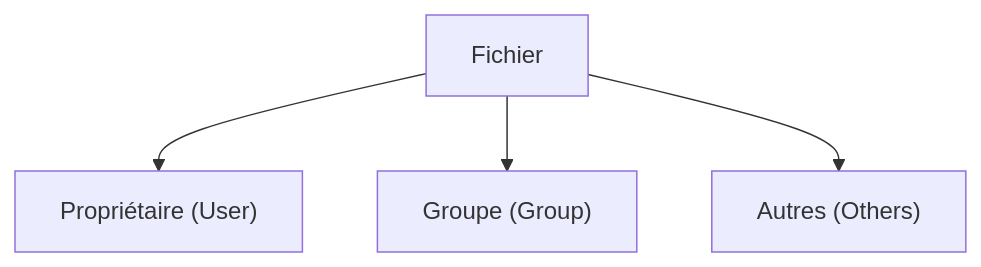
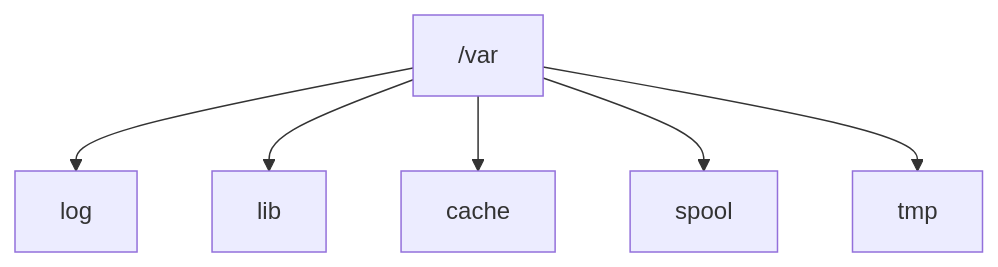
The third of 15 diagrams in campagne 1/1.6.md (tdelaclos/formations), drawn with Mermaid before and after one commit. The commit also changed other lines of this file, not shown here.

````diff
--- a/campagne 1/1.6.md
+++ b/campagne 1/1.6.md
@@ -170,11 +281,15 @@
 ```mermaid
 flowchart TD
 
-A["Fichier"]
+A["/var"]
 
-A --> B["Propriétaire (User)"]
+A --> B["log"]
 
-A --> C["Groupe (Group)"]
+A --> C["lib"]
 
-A --> D["Autres (Others)"]
+A --> D["cache"]
+
+A --> E["spool"]
+
+A --> F["tmp"]
 ```
````
